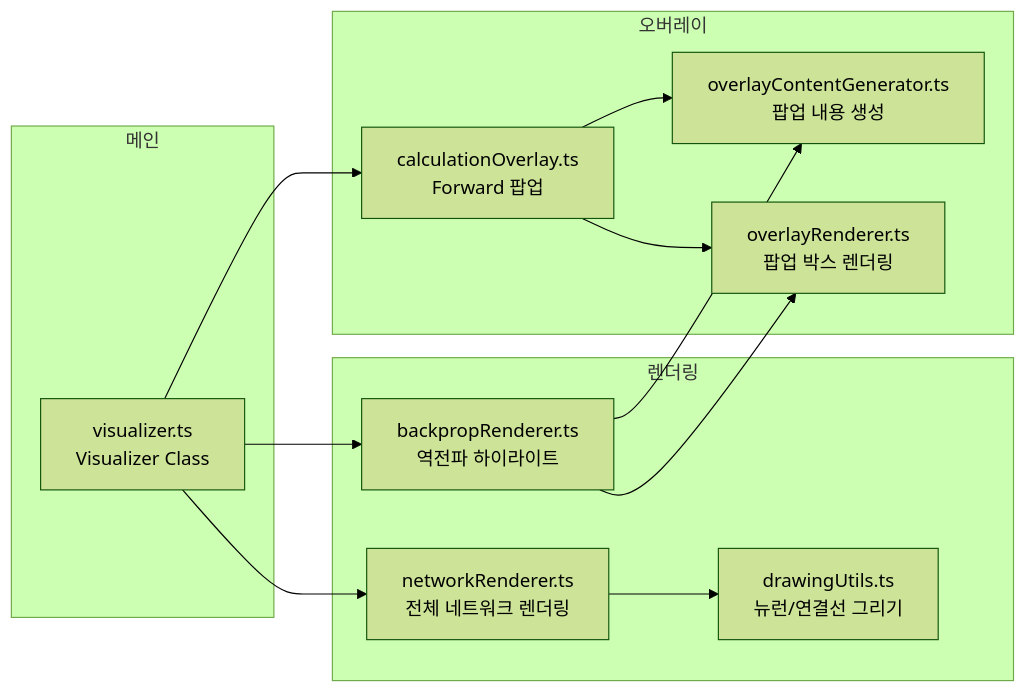
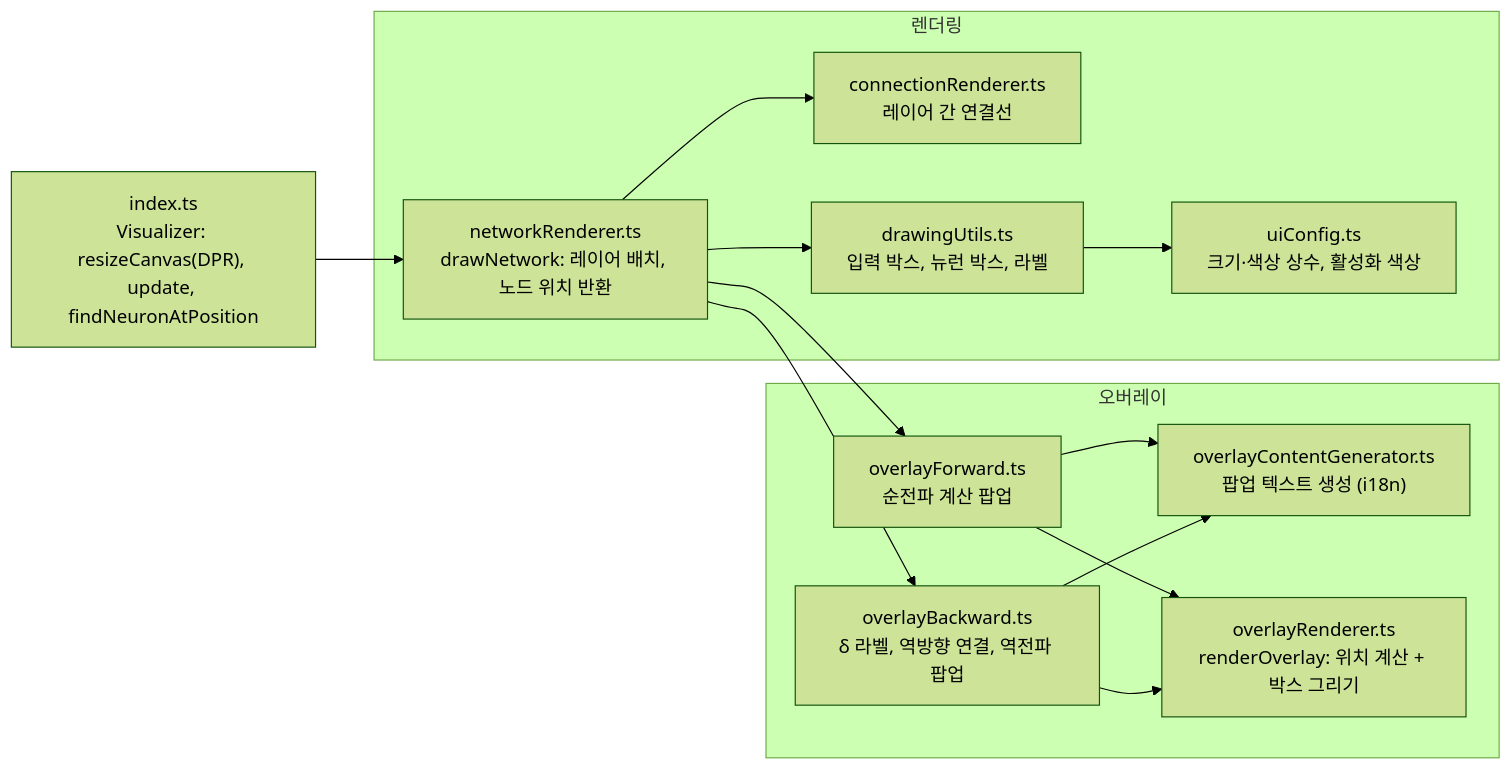
The second of 4 diagrams in doc/code_architecture.md (ofcbj/nn-book), drawn with Mermaid (forest theme) before and after one commit. The commit also changed other lines of this file and 48 other files, not shown here.

````diff
--- a/doc/code_architecture.md
+++ b/doc/code_architecture.md
@@ -154,27 +172,29 @@
 ```mermaid
 flowchart LR
-    subgraph Main["메인"]
-        Vis["visualizer.ts<br/>Visualizer Class"]
+    Vis["index.ts<br/>Visualizer: resizeCanvas(DPR), update, findNeuronAtPosition"]
+
+    subgraph Rendering["렌더링"]
+        Net["networkRenderer.ts<br/>drawNetwork: 레이어 배치, 노드 위치 반환"]
+        Conn["connectionRenderer.ts<br/>레이어 간 연결선"]
+        Draw["drawingUtils.ts<br/>입력 박스, 뉴런 박스, 라벨"]
+        Ui["uiConfig.ts<br/>크기·색상 상수, 활성화 색상"]
     end
-    
-    subgraph Rendering["렌더링"]
-        Net["networkRenderer.ts<br/>전체 네트워크 렌더링"]
-        Draw["drawingUtils.ts<br/>뉴런/연결선 그리기"]
-        Back["backpropRenderer.ts<br/>역전파 하이라이트"]
+
+    subgraph Overlay["오버레이"]
+        F["overlayForward.ts<br/>순전파 계산 팝업"]
+        B["overlayBackward.ts<br/>δ 라벨, 역방향 연결, 역전파 팝업"]
+        Content["overlayContentGenerator.ts<br/>팝업 텍스트 생성 (i18n)"]
+        Render["overlayRenderer.ts<br/>renderOverlay: 위치 계산 + 박스 그리기"]
     end
-    
-    subgraph Overlay["오버레이"]
-        Calc["calculationOverlay.ts<br/>Forward 팝업"]
-        Content["overlayContentGenerator.ts<br/>팝업 내용 생성"]
-        Render["overlayRenderer.ts<br/>팝업 박스 렌더링"]
-    end
-    
+
     Vis --> Net
-    Vis --> Back
-    Vis --> Calc
+    Net --> Conn
     Net --> Draw
-    Back --> Content
-    Back --> Render
-    Calc --> Content
-    Calc --> Render
+    Net --> F
+    Net --> B
+    Draw --> Ui
+    F --> Content
+    F --> Render
+    B --> Content
+    B --> Render
 ```
````
